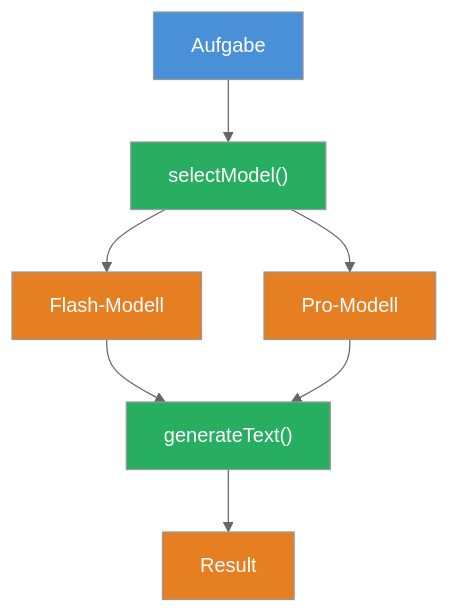
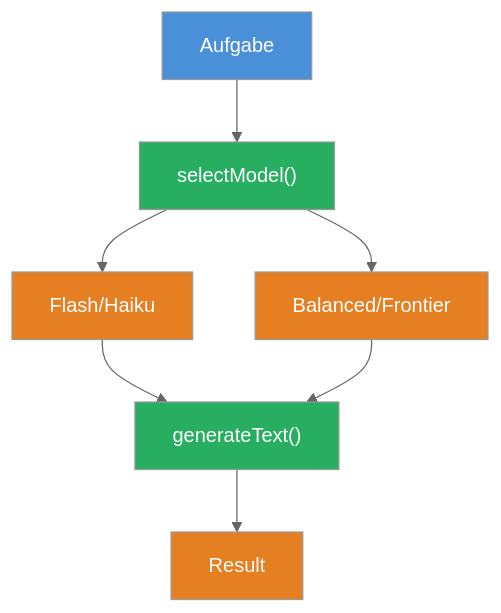
Before and after one commit to janrummel/level-up-ai: the second of 2 diagrams in src/content/docs/de/level-1-ai-sdk-basics/03-choosing-your-model.mdx, drawn with Mermaid (neutral theme). The commit also changed other lines of this file and 53 other files, not shown here.

````diff
--- a/src/content/docs/de/level-1-ai-sdk-basics/03-choosing-your-model.mdx
+++ b/src/content/docs/de/level-1-ai-sdk-basics/03-choosing-your-model.mdx
@@ -197,15 +207,15 @@
 ```mermaid
 graph TD
   Task["Aufgabe"] --> Select["selectModel()"]
-  Select --> Simple["Flash-Modell"]
-  Select --> Complex["Pro-Modell"]
+  Select --> Simple["Flash/Haiku"]
+  Select --> Complex["Balanced/Frontier"]
   Simple --> GT["generateText()"]
   Complex --> GT
   GT --> Result["Result"]
   style Task fill:#4A90D9,color:#fff
   style Select fill:#27AE60,color:#fff
   style Simple fill:#E67E22,color:#fff
   style Complex fill:#E67E22,color:#fff
   style GT fill:#27AE60,color:#fff
   style Result fill:#E67E22,color:#fff
 ```
````
